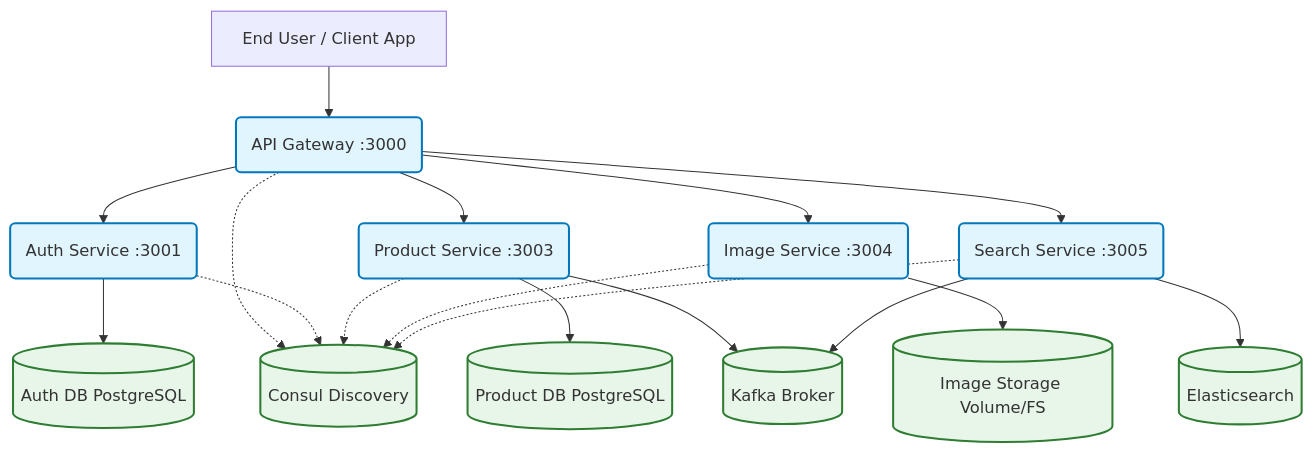
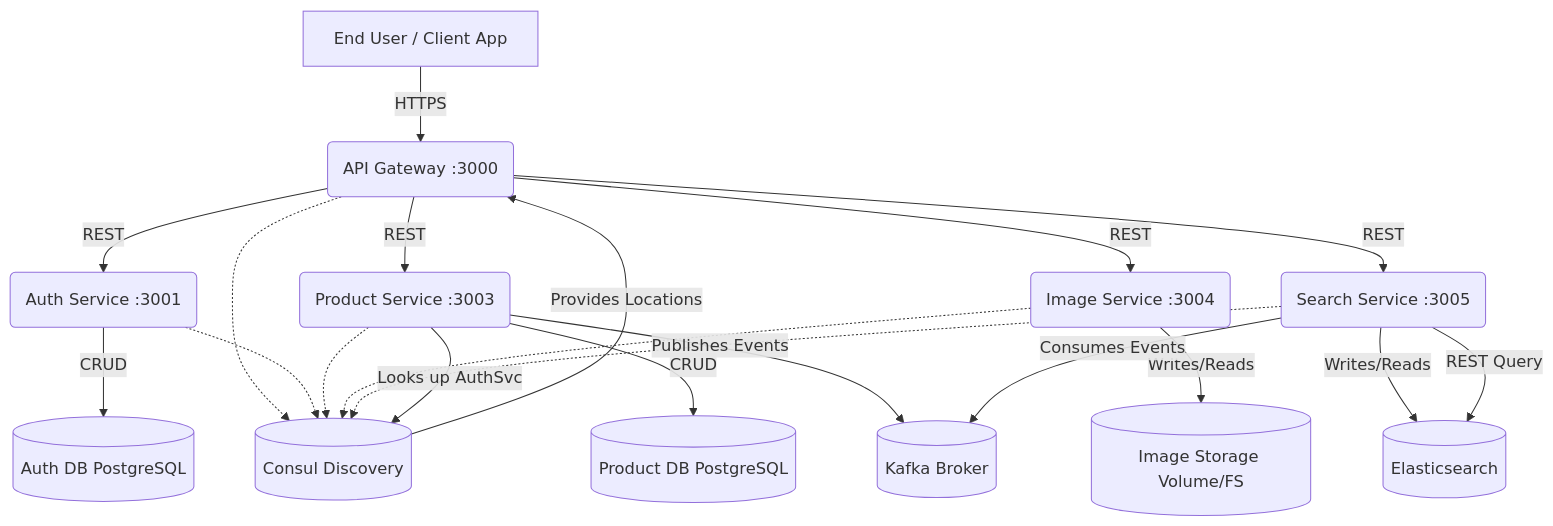
Before and after one commit to HarcheSamir/esisba-lirmm-ecommerce: the first of 9 diagrams in apiDocumentation.md, drawn with Mermaid. The commit also changed other lines of this file, not shown here.

````diff
--- a/apiDocumentation.md
+++ b/apiDocumentation.md
@@ -55,43 +46,42 @@
 ```mermaid
 graph TD
     User[End User / Client App]
-    
-    APIGW(API Gateway :3000)
-    AuthSvc(Auth Service :3001)
-    ProductSvc(Product Service :3003)
-    ImageSvc(Image Service :3004)
-    SearchSvc(Search Service :3005)
     
     Consul[(Consul Discovery)]
     Kafka[(Kafka Broker)]
     Elasticsearch[(Elasticsearch)]
     AuthDB[(Auth DB PostgreSQL)]
     ProductDB[(Product DB PostgreSQL)]
     ImageStore[(Image Storage Volume/FS)]
     
-    User --> APIGW
+    APIGW(API Gateway :3000)
+    AuthSvc(Auth Service :3001)
+    ProductSvc(Product Service :3003)
+    ImageSvc(Image Service :3004)
+    SearchSvc(Search Service :3005)
     
-    APIGW --> AuthSvc
-    APIGW --> ProductSvc
-    APIGW --> ImageSvc
-    APIGW --> SearchSvc
+    User -- HTTPS --> APIGW
     
-    AuthSvc --> AuthDB
-    ProductSvc --> ProductDB
-    ProductSvc --> Kafka
-    ImageSvc --> ImageStore
+    APIGW -- REST --> AuthSvc
+    APIGW -- REST --> ProductSvc
+    APIGW -- REST --> ImageSvc
+    APIGW -- REST --> SearchSvc
     
-    SearchSvc --> Kafka
-    SearchSvc --> Elasticsearch
+    AuthSvc -- CRUD --> AuthDB
+    ProductSvc -- CRUD --> ProductDB
+    ProductSvc -- Publishes Events --> Kafka
+    ImageSvc -- Writes/Reads --> ImageStore
+    
+    SearchSvc -- Consumes Events --> Kafka
+    SearchSvc -- Writes/Reads --> Elasticsearch
+    SearchSvc -- REST Query --> Elasticsearch
     
     APIGW -.-> Consul
     AuthSvc -.-> Consul
     ProductSvc -.-> Consul
     ImageSvc -.-> Consul
     SearchSvc -.-> Consul
     
-    classDef service fill:#e1f5fe,stroke:#0277bd,stroke-width:2px;
-    classDef infra fill:#e8f5e9,stroke:#2e7d32,stroke-width:2px;
-    class APIGW,AuthSvc,ProductSvc,ImageSvc,SearchSvc service;
-    class Consul,Kafka,Elasticsearch,AuthDB,ProductDB,ImageStore infra;
+    Consul -- Provides Locations --> APIGW
+    ProductSvc -- Looks up AuthSvc --> Consul
 ```
````
